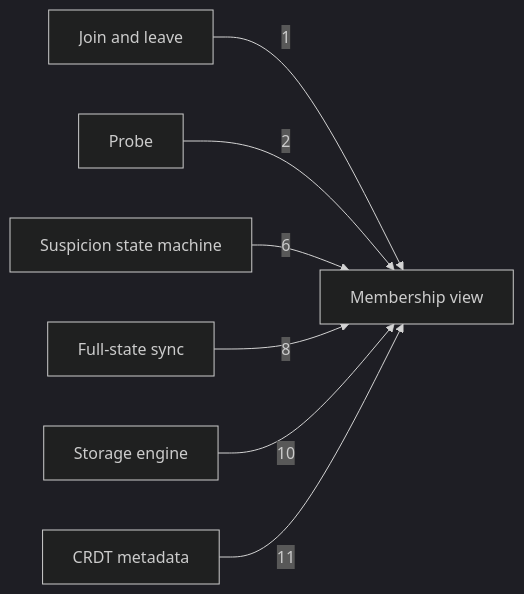
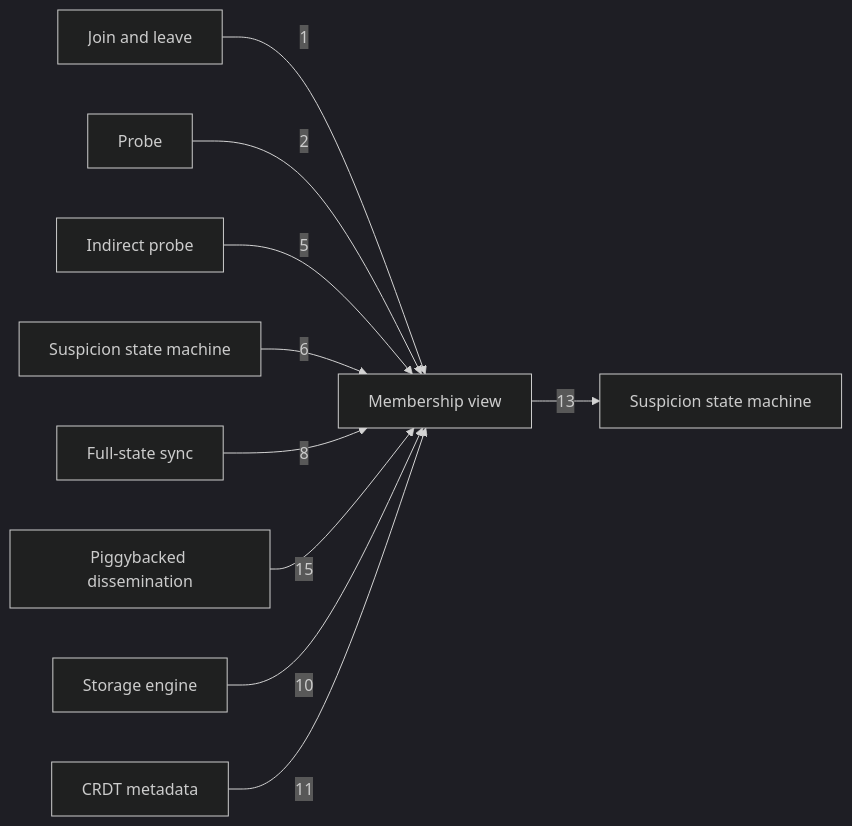
The diagram in docs/c4/diagrams/04-component-gossip-a.mmd (nickstrad/decentralized-object-store), drawn with Mermaid (dark theme) before and after one commit. The commit also changed 10 other files, not shown here.

```diff
--- a/docs/c4/diagrams/04-component-gossip-a.mmd
+++ b/docs/c4/diagrams/04-component-gossip-a.mmd
@@ -1,8 +1,11 @@
 %% draw-visual: -x 4 -y 1 -p 0
 graph LR
   JOIN[Join and leave] -->|1| VIEW[Membership view]
   PROBE[Probe] -->|2| VIEW
+  INDIRECT[Indirect probe] -->|5| VIEW
   SUSP[Suspicion state machine] -->|6| VIEW
   FSYNC[Full-state sync] -->|8| VIEW
+  DISSEM[Piggybacked dissemination] -->|15| VIEW
   STORAGE[Storage engine] -->|10| VIEW
   CRDT[CRDT metadata] -->|11| VIEW
+  VIEW -->|13| SUSP2[Suspicion state machine]
```
